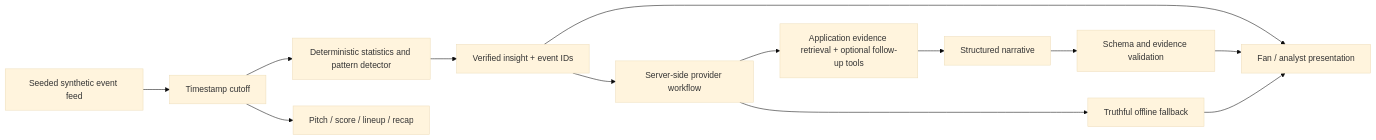
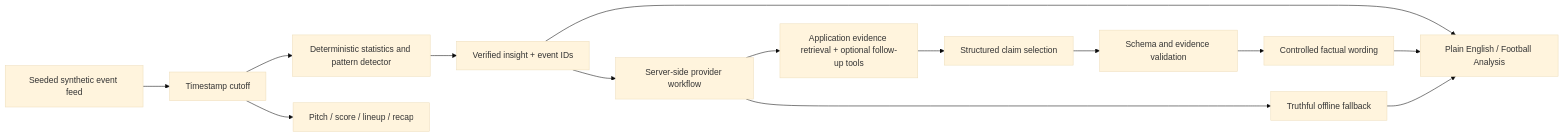
One commit to jbellamy16/between-the-lines changed the diagram in README.md. Above: the diagram before and after it, drawn with Mermaid (base theme). The commit also changed other lines of this file and 18 other files, not shown here.

````diff
--- a/README.md
+++ b/README.md
@@ -56,15 +55,16 @@
 ```mermaid
 flowchart LR
   A[Seeded synthetic event feed] --> B[Timestamp cutoff]
   B --> C[Deterministic statistics and pattern detector]
   B --> D[Pitch / score / lineup / recap]
   C --> E[Verified insight + event IDs]
-  E --> F[Fan / analyst presentation]
+  E --> F[Plain English / Football Analysis]
   E --> G[Server-side provider workflow]
   G --> H[Application evidence retrieval + optional follow-up tools]
-  H --> I[Structured narrative]
+  H --> I[Structured claim selection]
   I --> J[Schema and evidence validation]
-  J --> F
+  J --> L[Controlled factual wording]
+  L --> F
   G --> K[Truthful offline fallback]
   K --> F
 ```
````
